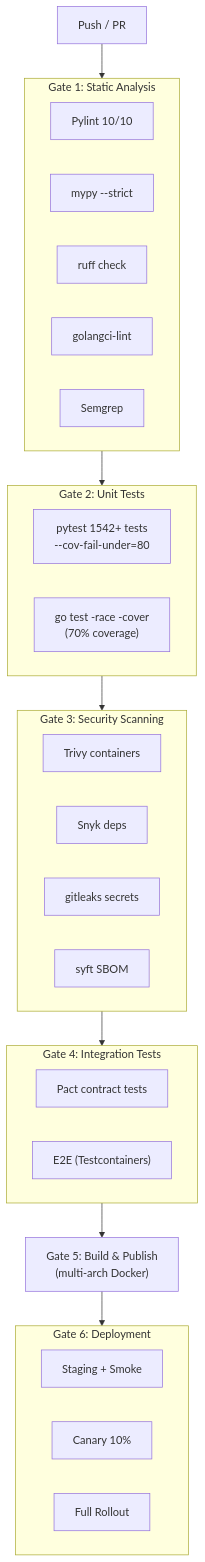
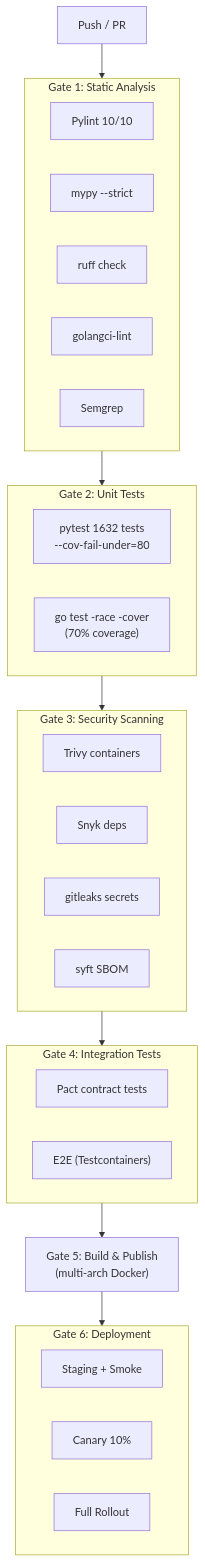
One commit to jdiitm/graphrag-architect changed the eighth of 10 diagrams in docs/SPEC.md. Above: the diagram before and after it, drawn with Mermaid. The commit also changed other lines of this file and 26 other files, not shown here.

````diff
--- a/docs/SPEC.md
+++ b/docs/SPEC.md
@@ -1688,35 +1688,35 @@
 ```mermaid
 flowchart TD
     Push["Push / PR"] --> G1
     subgraph G1 ["Gate 1: Static Analysis"]
         Pylint["Pylint 10/10"]
         Mypy["mypy --strict"]
         Ruff["ruff check"]
         GolangciLint["golangci-lint"]
         Semgrep["Semgrep"]
     end
     G1 --> G2
     subgraph G2 ["Gate 2: Unit Tests"]
-        Py["pytest 1542+ tests<br/>--cov-fail-under=80"]
+        Py["pytest 1632 tests<br/>--cov-fail-under=80"]
         Go["go test -race -cover<br/>(70% coverage)"]
     end
     G2 --> G3
     subgraph G3 ["Gate 3: Security Scanning"]
         Trivy["Trivy containers"]
         Snyk["Snyk deps"]
         Gitleaks["gitleaks secrets"]
         SBOM["syft SBOM"]
     end
     G3 --> G4
     subgraph G4 ["Gate 4: Integration Tests"]
         Contract["Pact contract tests"]
         E2E["E2E (Testcontainers)"]
     end
     G4 --> G5["Gate 5: Build & Publish<br/>(multi-arch Docker)"]
     G5 --> G6
     subgraph G6 ["Gate 6: Deployment"]
         Staging["Staging + Smoke"]
         Canary["Canary 10%"]
         Full["Full Rollout"]
     end
 ```
````
